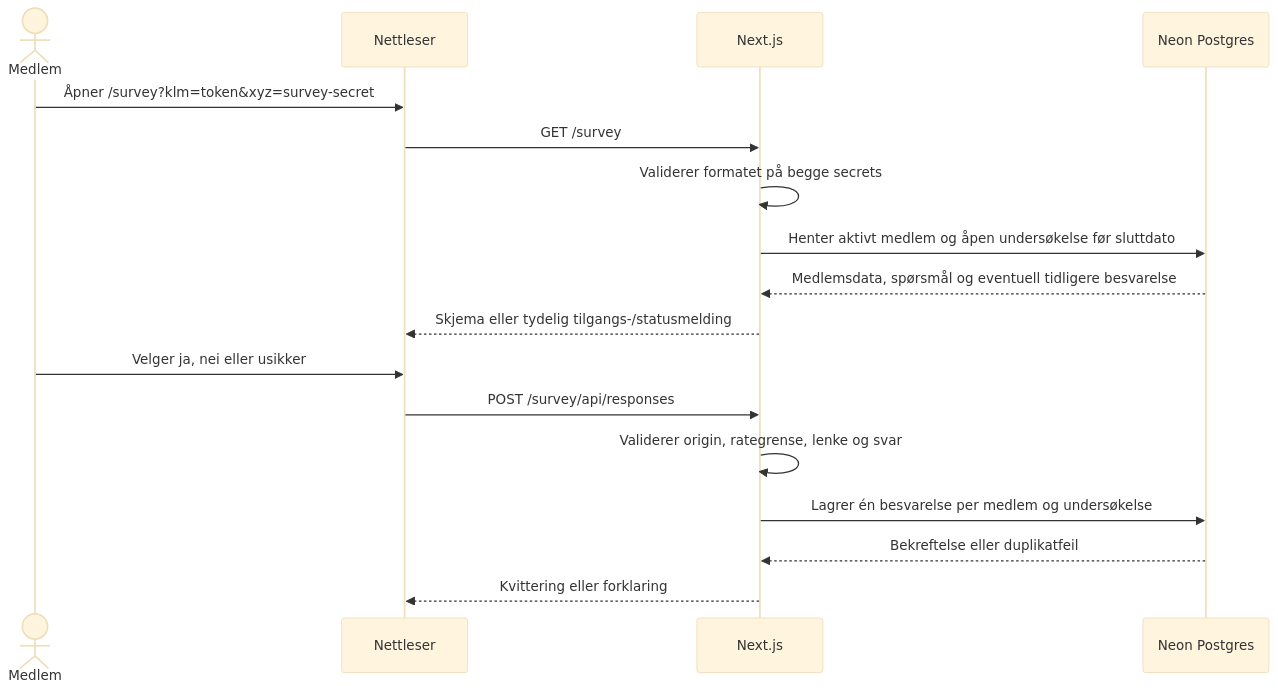
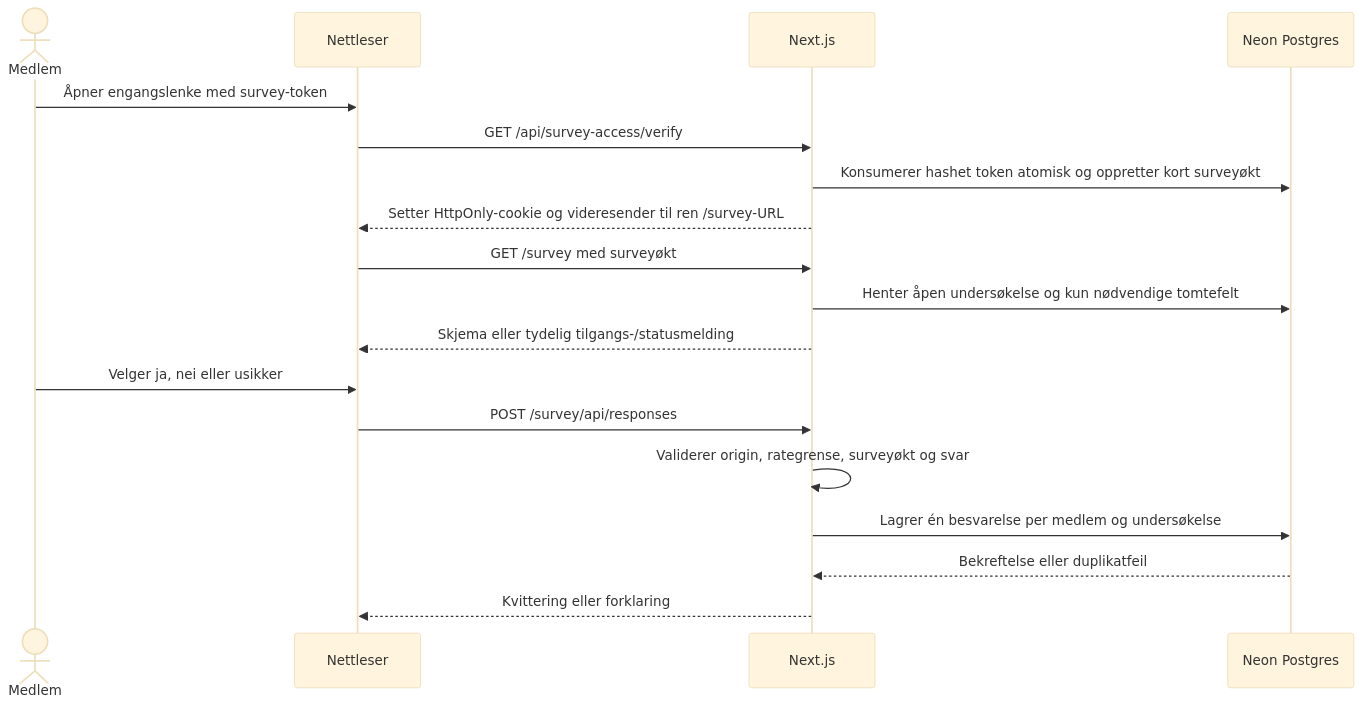
The third of 6 diagrams in README.md (ibjohansen/tfv-poll), drawn with Mermaid (base theme) before and after one commit. The commit also changed other lines of this file and 76 other files, not shown here.

````diff
--- a/README.md
+++ b/README.md
@@ -148,20 +150,21 @@
 ```mermaid
 sequenceDiagram
   actor M as Medlem
   participant B as Nettleser
   participant A as Next.js
   participant D as Neon Postgres
 
-  M->>B: Åpner /survey?klm=token&xyz=survey-secret
-  B->>A: GET /survey
-  A->>A: Validerer formatet på begge secrets
-  A->>D: Henter aktivt medlem og åpen undersøkelse før sluttdato
-  D-->>A: Medlemsdata, spørsmål og eventuell tidligere besvarelse
+  M->>B: Åpner engangslenke med survey-token
+  B->>A: GET /api/survey-access/verify
+  A->>D: Konsumerer hashet token atomisk og oppretter kort surveyøkt
+  A-->>B: Setter HttpOnly-cookie og videresender til ren /survey-URL
+  B->>A: GET /survey med surveyøkt
+  A->>D: Henter åpen undersøkelse og kun nødvendige tomtefelt
   A-->>B: Skjema eller tydelig tilgangs-/statusmelding
   M->>B: Velger ja, nei eller usikker
   B->>A: POST /survey/api/responses
-  A->>A: Validerer origin, rategrense, lenke og svar
+  A->>A: Validerer origin, rategrense, surveyøkt og svar
   A->>D: Lagrer én besvarelse per medlem og undersøkelse
   D-->>A: Bekreftelse eller duplikatfeil
   A-->>B: Kvittering eller forklaring
 ```
````
